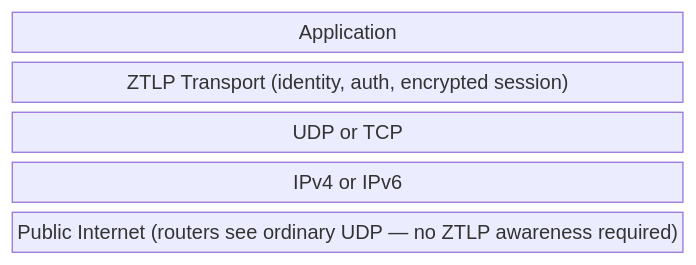
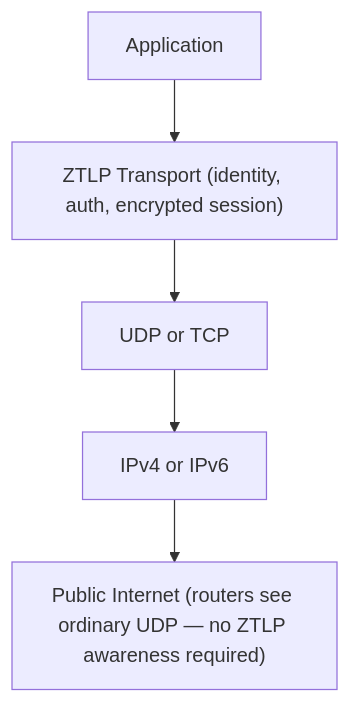
Before and after one commit to priceflex/ztlp: the ninth of 20 diagrams in README.md, drawn with Mermaid. The commit also changed other lines of this file, not shown here.

First line of the commit message:
Fix Mermaid block-beta diagrams breaking website

````diff
--- a/README.md
+++ b/README.md
@@ -3602,9 +3599,7 @@
 ```mermaid
-block-beta
-  columns 1
-  A["Application"]
-  B["ZTLP Transport (identity, auth, encrypted session)"]
-  C["UDP or TCP"]
-  D["IPv4 or IPv6"]
-  E["Public Internet (routers see ordinary UDP — no ZTLP awareness required)"]
+graph TB
+  A["Application"] --> B["ZTLP Transport (identity, auth, encrypted session)"]
+  B --> C["UDP or TCP"]
+  C --> D["IPv4 or IPv6"]
+  D --> E["Public Internet (routers see ordinary UDP — no ZTLP awareness required)"]
 ```
````
